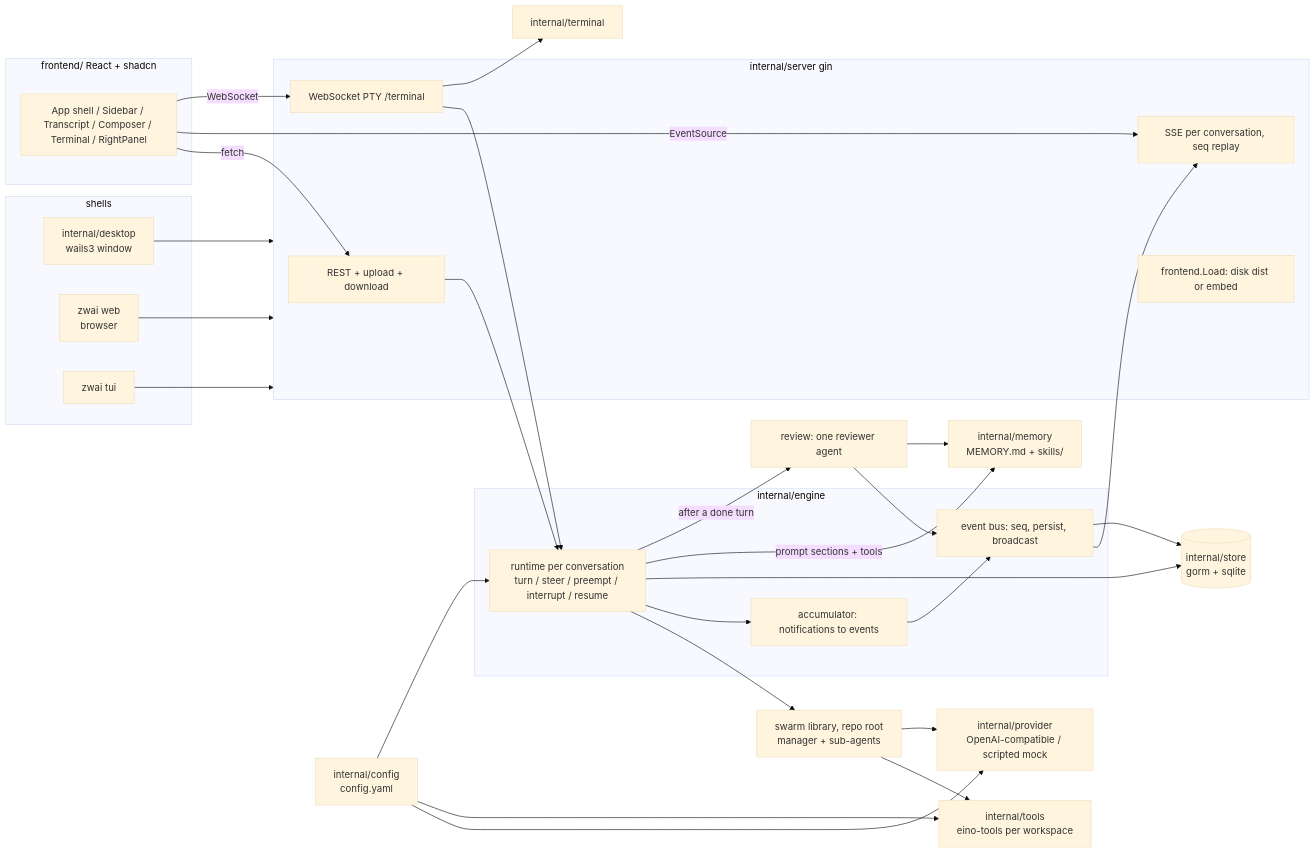
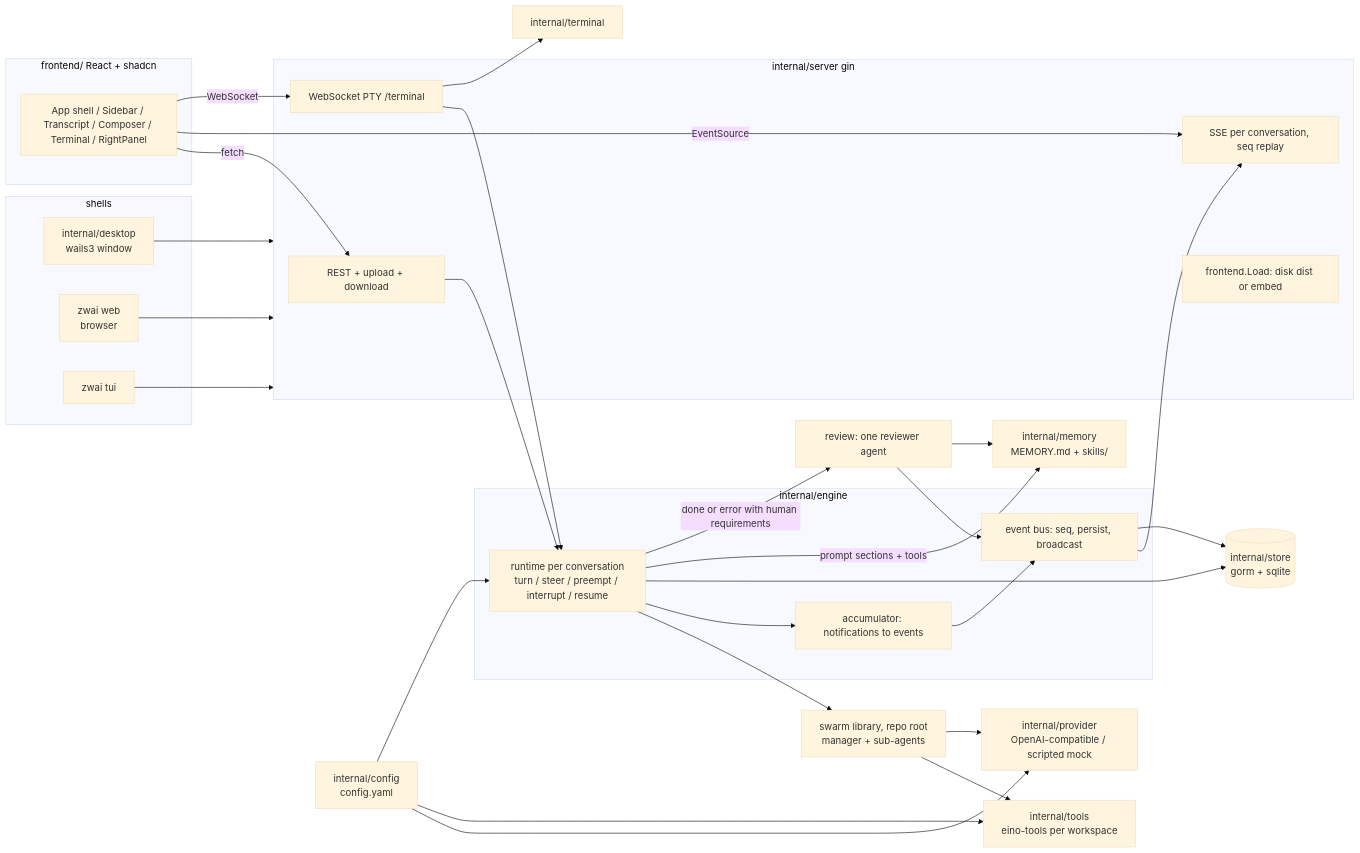
Before and after one commit to LubyRuffy/eino-swarm: the first of 2 diagrams in ARCHITECTURE.md, drawn with Mermaid (base theme). The commit also changed other lines of this file and 50 other files, not shown here.

````diff
--- a/ARCHITECTURE.md
+++ b/ARCHITECTURE.md
@@ -23,50 +23,50 @@
 ```mermaid
 flowchart LR
   subgraph shells
     Desktop[internal/desktop<br/>wails3 window]
     Browser[zwai web<br/>browser]
     TUI[zwai tui]
   end
   subgraph frontend [frontend/ React + shadcn]
     UI[App shell / Sidebar / Transcript / Composer / Terminal / RightPanel]
   end
   subgraph server [internal/server gin]
     REST[REST + upload + download]
     SSE[SSE per conversation, seq replay]
     PTYWS[WebSocket PTY /terminal]
     Static[frontend.Load: disk dist or embed]
   end
   subgraph engine [internal/engine]
     RT[runtime per conversation<br/>turn / steer / preempt / interrupt / resume]
     Bus[event bus: seq, persist, broadcast]
     Acc[accumulator: notifications to events]
   end
   Swarm[swarm library, repo root<br/>manager + sub-agents]
   Tools[internal/tools<br/>eino-tools per workspace]
   Pool[internal/provider<br/>OpenAI-compatible / scripted mock]
   Store[(internal/store<br/>gorm + sqlite)]
   Cfg[internal/config<br/>config.yaml]
 
   Desktop --> server
   Browser --> server
   TUI --> server
   UI -->|fetch| REST
   UI -->|EventSource| SSE
   UI -->|WebSocket| PTYWS
   REST --> RT
   PTYWS --> RT
   PTYWS --> TermPkg[internal/terminal]
   RT --> Swarm --> Tools
   Swarm --> Pool
   RT --> Acc --> Bus --> SSE
   Bus --> Store
   RT --> Store
   Cfg --> Pool
   Cfg --> Tools
   Cfg --> RT
   Mem[internal/memory<br/>MEMORY.md + skills/]
   RT -->|prompt sections + tools| Mem
-  RT -->|after a done turn| Review[review: one reviewer agent]
+  RT -->|done or error with human requirements| Review[review: one reviewer agent]
   Review --> Mem
   Review --> Bus
 ```
````
